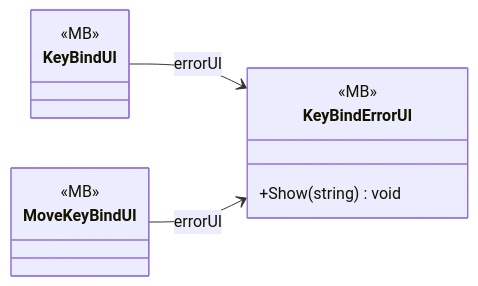
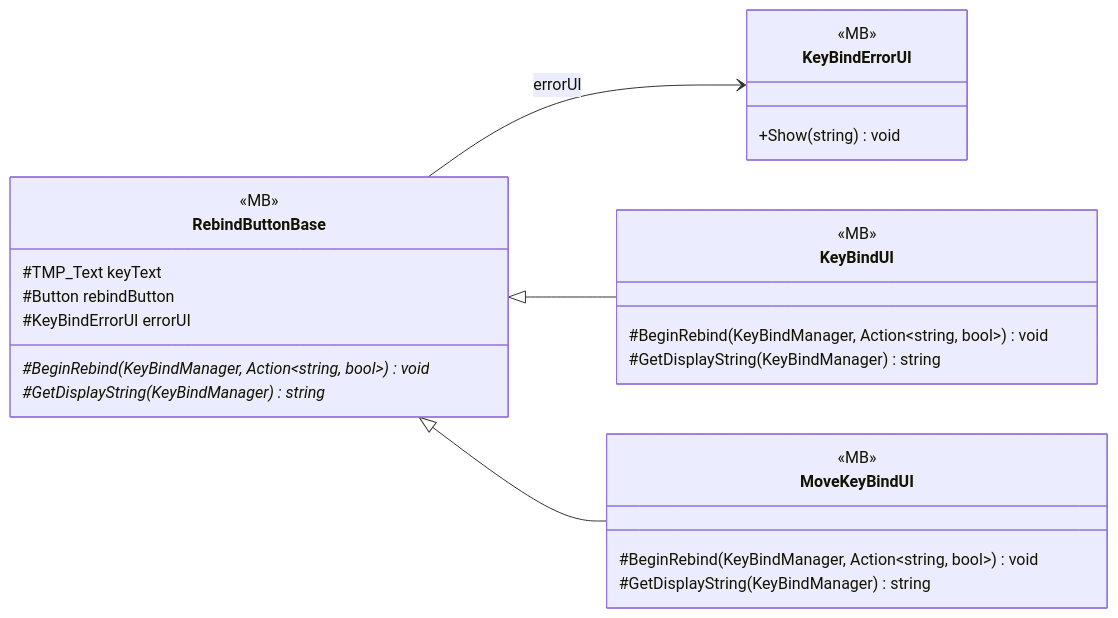
The diagram in docs/uml/modules/Core_Inputs_KeyBind_UIKeyBind.md (PhumipatWave/project-ocean), drawn with Mermaid before and after one commit. The commit also changed other lines of this file and 71 other files, not shown here.

Commit message:
Update UML diagrams

````diff
--- a/docs/uml/modules/Core_Inputs_KeyBind_UIKeyBind.md
+++ b/docs/uml/modules/Core_Inputs_KeyBind_UIKeyBind.md
@@ -7,16 +7,30 @@
 ```mermaid
 classDiagram
   direction LR
   class KeyBindErrorUI {
     <<MB>>
     +Show(string) void
   }
   class KeyBindUI {
     <<MB>>
+    #BeginRebind(KeyBindManager, Action~string, bool~) void
+    #GetDisplayString(KeyBindManager) string
   }
   class MoveKeyBindUI {
     <<MB>>
+    #BeginRebind(KeyBindManager, Action~string, bool~) void
+    #GetDisplayString(KeyBindManager) string
   }
-  KeyBindUI --> KeyBindErrorUI : errorUI
-  MoveKeyBindUI --> KeyBindErrorUI : errorUI
+  class RebindButtonBase {
+    <<MB>>
+    <<abstract>>
+    #TMP_Text keyText
+    #Button rebindButton
+    #KeyBindErrorUI errorUI
+    #BeginRebind(KeyBindManager, Action~string, bool~)* void
+    #GetDisplayString(KeyBindManager)* string
+  }
+  RebindButtonBase --> KeyBindErrorUI : errorUI
+  RebindButtonBase <|-- KeyBindUI
+  RebindButtonBase <|-- MoveKeyBindUI
 ```
````
